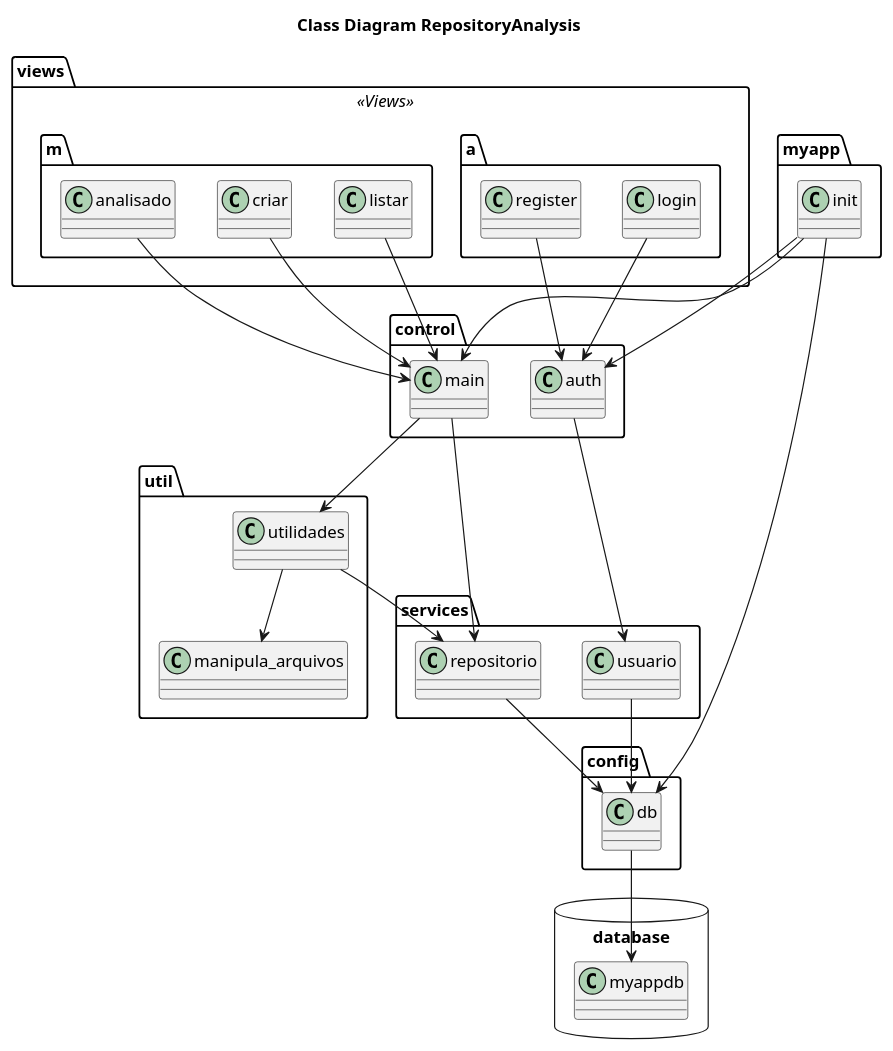
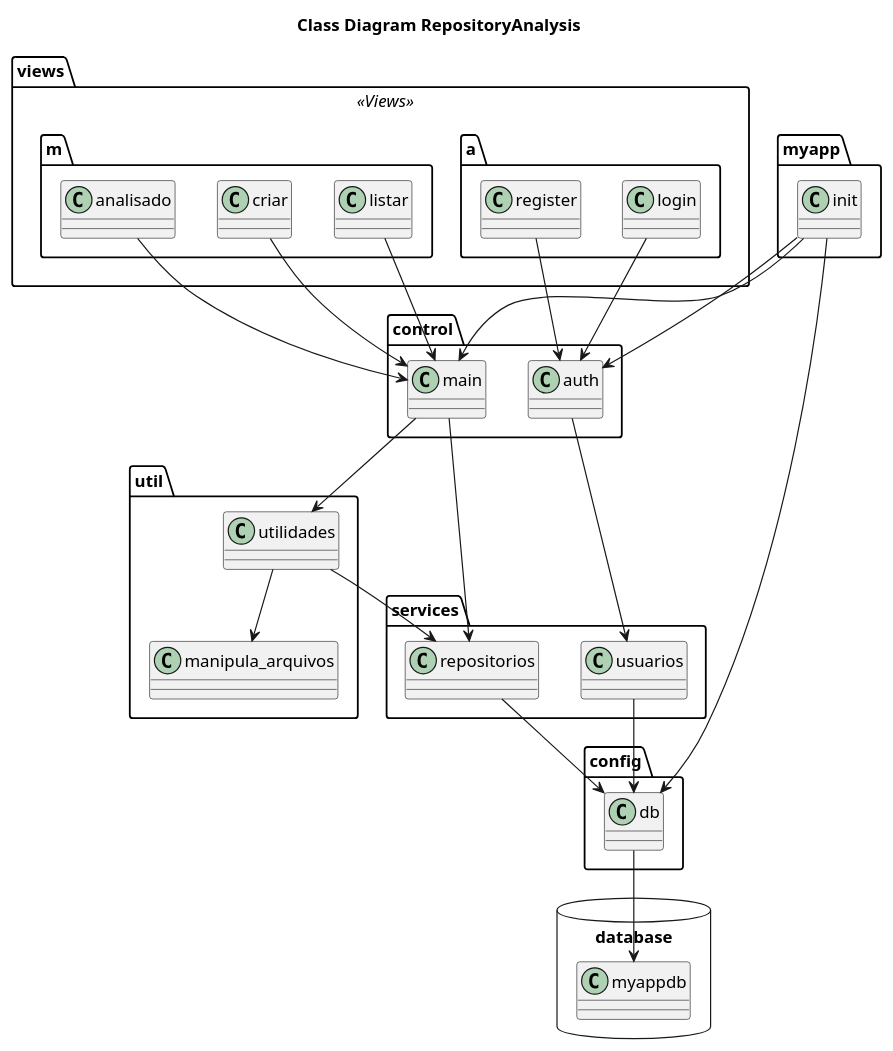
One commit to myplayareas/ppc changed the diagram in docs/architecture_overview.wsd. Above: the diagram before and after it, drawn with PlantUML. The commit also changed 13 other files, not shown here.

```diff
--- a/docs/architecture_overview.wsd
+++ b/docs/architecture_overview.wsd
@@ -1,63 +1,62 @@
 @startuml
-
 title Class Diagram RepositoryAnalysis
 
 package myapp <<Folder>> {
   class init
 }
 
 package control <<Folder>> {
   class main
   class auth
 }
 
 package util <<Folder>> {
   class utilidades
   class manipula_arquivos
 }
 
 package services <<Folder>> {
-  class repositorio
-  class usuario
+  class repositorios
+  class usuarios
 }
 
 package config <<Folder>> {
   class db
 }
 
 package database <<Database>> {
   class myappdb
 }
 
 package views <<Views>> {
   package m <<Folder>> {
     class listar
     class criar
     class analisado
   }
 
   package a <<Folder>> {
     class login
     class register
   }
 
 }
 
 init --> db
 init --> main
 init --> auth
 db --> myappdb
-main --> repositorio
-repositorio --> db
+main --> repositorios
+repositorios --> db
 main --> utilidades
 utilidades --> manipula_arquivos
-utilidades --> repositorio
-auth --> usuario
-usuario --> db
+utilidades --> repositorios
+auth --> usuarios
+usuarios --> db
 listar --> main 
 criar --> main
 analisado --> main
 login --> auth 
 register --> auth
 
 @enduml
```
